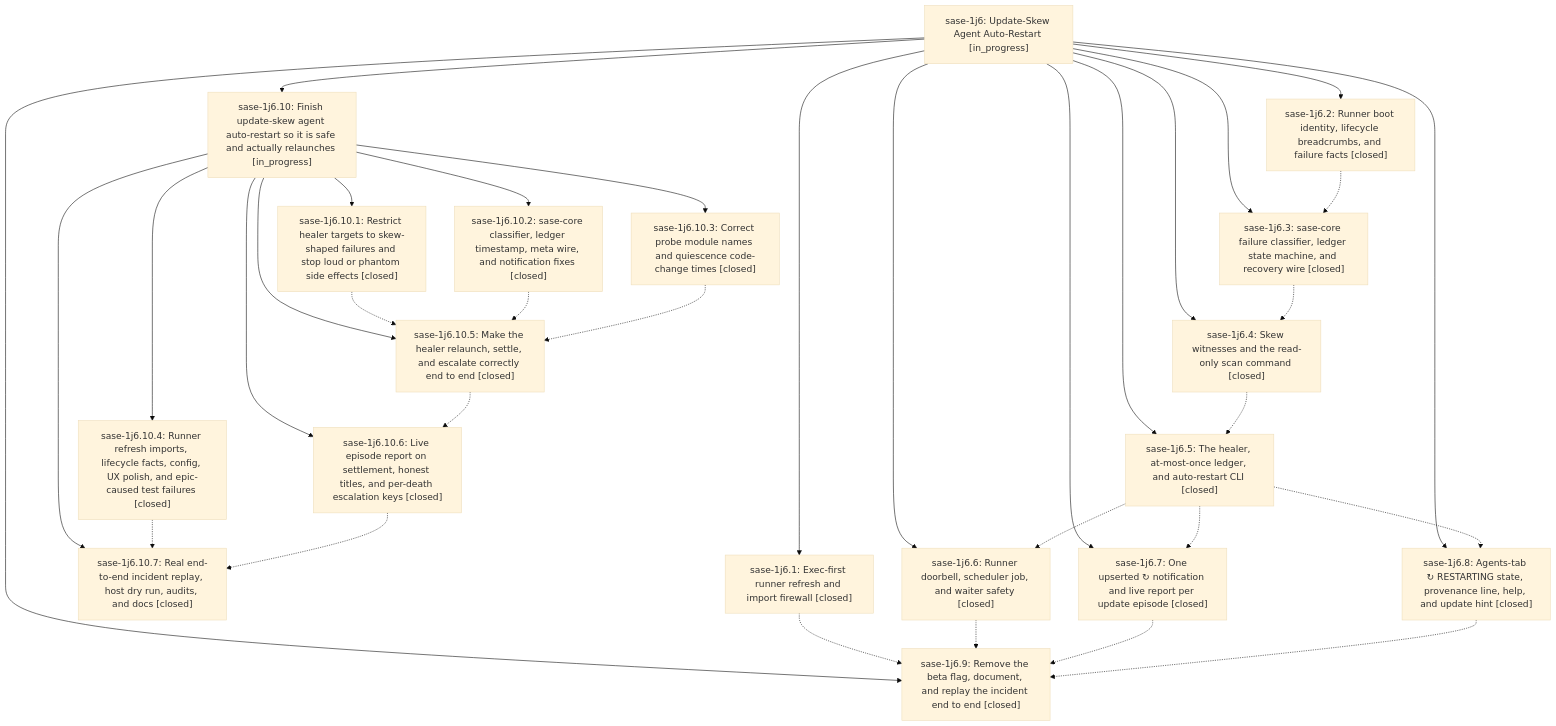
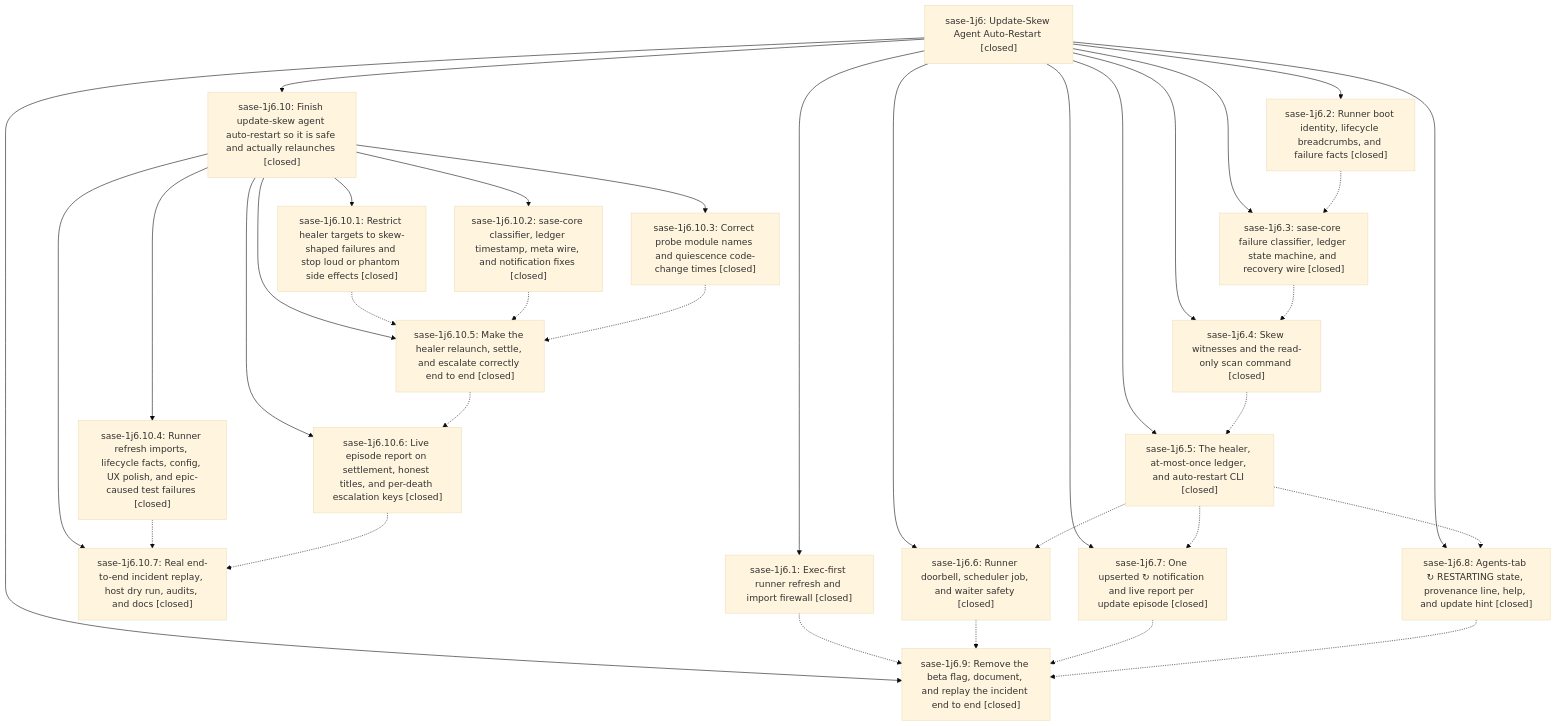
The diagram in pages/sase-1j6/README.md (sase-org/sase--beads), drawn with Mermaid (base theme) before and after one commit. The commit also changed other lines of this file and 2 other files, not shown here.

First line of the commit message:
chore(beads): sync bead state and pages for sase-1j6

````diff
--- a/pages/sase-1j6/README.md
+++ b/pages/sase-1j6/README.md
@@ -50,54 +52,54 @@
 ```mermaid
 flowchart TD
-    n0["sase-1j6: Update-Skew Agent Auto-Restart [in_progress]"]
+    n0["sase-1j6: Update-Skew Agent Auto-Restart [closed]"]
     n1["sase-1j6.1: Exec-first runner refresh and import firewall [closed]"]
-    n2["sase-1j6.10: Finish update-skew agent auto-restart so it is safe and actually relaunches [in_progress]"]
+    n2["sase-1j6.10: Finish update-skew agent auto-restart so it is safe and actually relaunches [closed]"]
     n3["sase-1j6.10.1: Restrict healer targets to skew-shaped failures and stop loud or phantom side effects [closed]"]
     n4["sase-1j6.10.2: sase-core classifier, ledger timestamp, meta wire, and notification fixes [closed]"]
     n5["sase-1j6.10.3: Correct probe module names and quiescence code-change times [closed]"]
     n6["sase-1j6.10.4: Runner refresh imports, lifecycle facts, config, UX polish, and epic-caused test failures [closed]"]
     n7["sase-1j6.10.5: Make the healer relaunch, settle, and escalate correctly end to end [closed]"]
     n8["sase-1j6.10.6: Live episode report on settlement, honest titles, and per-death escalation keys [closed]"]
     n9["sase-1j6.10.7: Real end-to-end incident replay, host dry run, audits, and docs [closed]"]
     n10["sase-1j6.2: Runner boot identity, lifecycle breadcrumbs, and failure facts [closed]"]
     n11["sase-1j6.3: sase-core failure classifier, ledger state machine, and recovery wire [closed]"]
     n12["sase-1j6.4: Skew witnesses and the read-only scan command [closed]"]
     n13["sase-1j6.5: The healer, at-most-once ledger, and auto-restart CLI [closed]"]
     n14["sase-1j6.6: Runner doorbell, scheduler job, and waiter safety [closed]"]
     n15["sase-1j6.7: One upserted ↻ notification and live report per update episode [closed]"]
     n16["sase-1j6.8: Agents-tab ↻ RESTARTING state, provenance line, help, and update hint [closed]"]
     n17["sase-1j6.9: Remove the beta flag, document, and replay the incident end to end [closed]"]
     n0 --> n1
     n0 --> n2
     n2 --> n3
     n2 --> n4
     n2 --> n5
     n2 --> n6
     n2 --> n7
     n2 --> n8
     n2 --> n9
     n0 --> n10
     n0 --> n11
     n0 --> n12
     n0 --> n13
     n0 --> n14
     n0 --> n15
     n0 --> n16
     n0 --> n17
     n1 -.-> n17
     n3 -.-> n7
     n4 -.-> n7
     n5 -.-> n7
     n6 -.-> n9
     n7 -.-> n8
     n8 -.-> n9
     n10 -.-> n11
     n11 -.-> n12
     n12 -.-> n13
     n13 -.-> n14
     n13 -.-> n15
     n13 -.-> n16
     n14 -.-> n17
     n15 -.-> n17
     n16 -.-> n17
 ```
````
